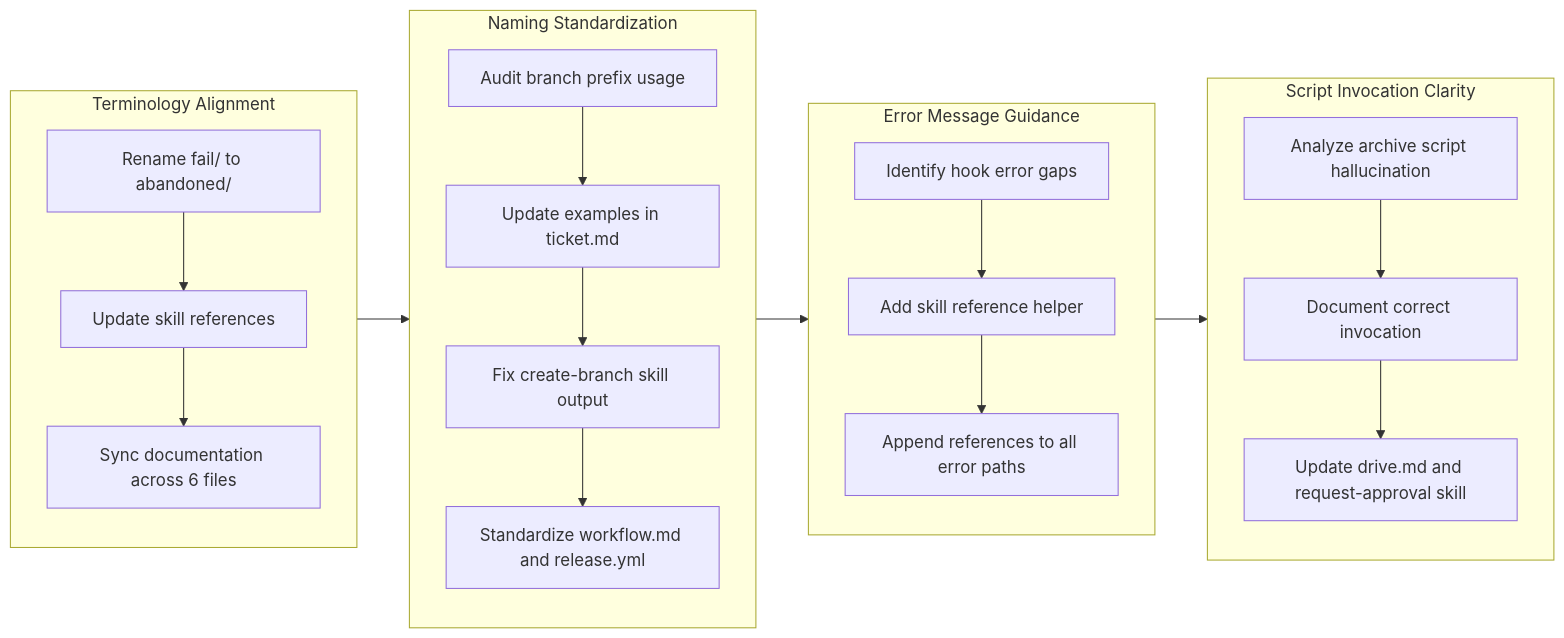
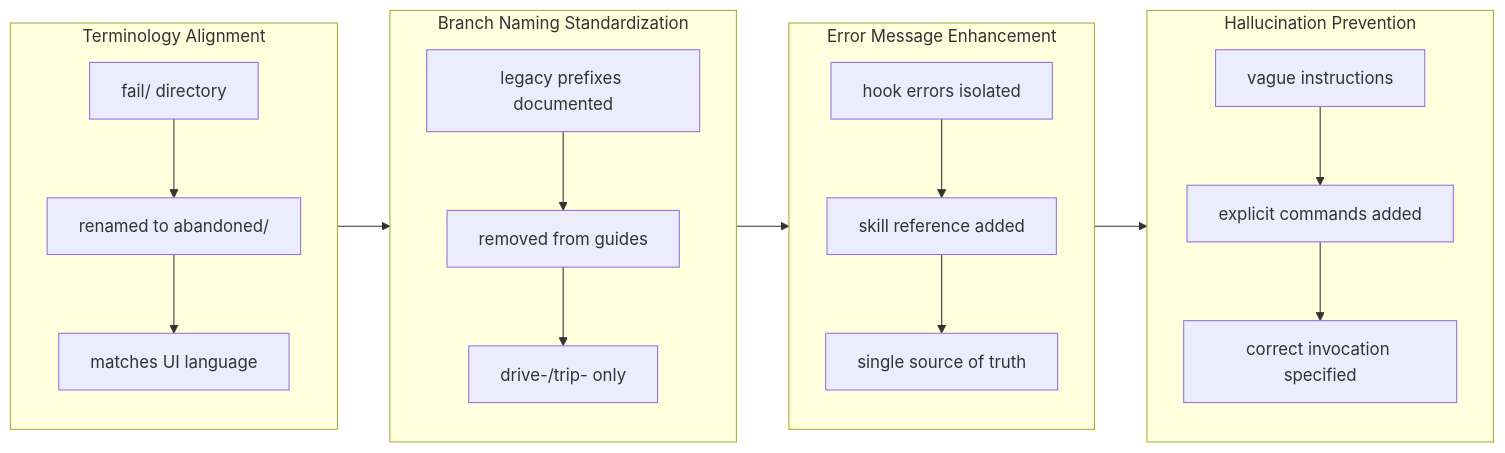
The diagram in .workaholic/stories/drive-20260131-223656.md (qmu/workaholic), drawn with Mermaid before and after one commit. The commit also changed other lines of this file and 3 other files, not shown here.

````diff
--- a/.workaholic/stories/drive-20260131-223656.md
+++ b/.workaholic/stories/drive-20260131-223656.md
@@ -31,24 +29,28 @@
 ```mermaid
 flowchart LR
-  subgraph Terminology[Terminology Alignment]
+  subgraph Terminology["Terminology Alignment"]
     direction TB
-    t1["Rename fail/ to abandoned/"] --> t2["Update skill references"] --> t3["Sync documentation across 6 files"]
+    t1["fail/ directory"] --> t2["renamed to abandoned/"]
+    t2 --> t3["matches UI language"]
   end
 
-  subgraph Standardization[Naming Standardization]
+  subgraph Naming["Branch Naming Standardization"]
     direction TB
-    s1["Audit branch prefix usage"] --> s2["Update examples in ticket.md"] --> s3["Fix create-branch skill output"] --> s4["Standardize workflow.md and release.yml"]
+    n1["legacy prefixes documented"] --> n2["removed from guides"]
+    n2 --> n3["drive-/trip- only"]
   end
 
-  subgraph Guidance[Error Message Guidance]
+  subgraph ErrorGuide["Error Message Enhancement"]
     direction TB
-    g1["Identify hook error gaps"] --> g2["Add skill reference helper"] --> g3["Append references to all error paths"]
+    e1["hook errors isolated"] --> e2["skill reference added"]
+    e2 --> e3["single source of truth"]
   end
 
-  subgraph Scripts[Script Invocation Clarity]
+  subgraph Hallucination["Hallucination Prevention"]
     direction TB
-    sc1["Analyze archive script hallucination"] --> sc2["Document correct invocation"] --> sc3["Update drive.md and request-approval skill"]
+    h1["vague instructions"] --> h2["explicit commands added"]
+    h2 --> h3["correct invocation specified"]
   end
 
-  Terminology --> Standardization --> Guidance --> Scripts
+  Terminology --> Naming --> ErrorGuide --> Hallucination
 ```
````
